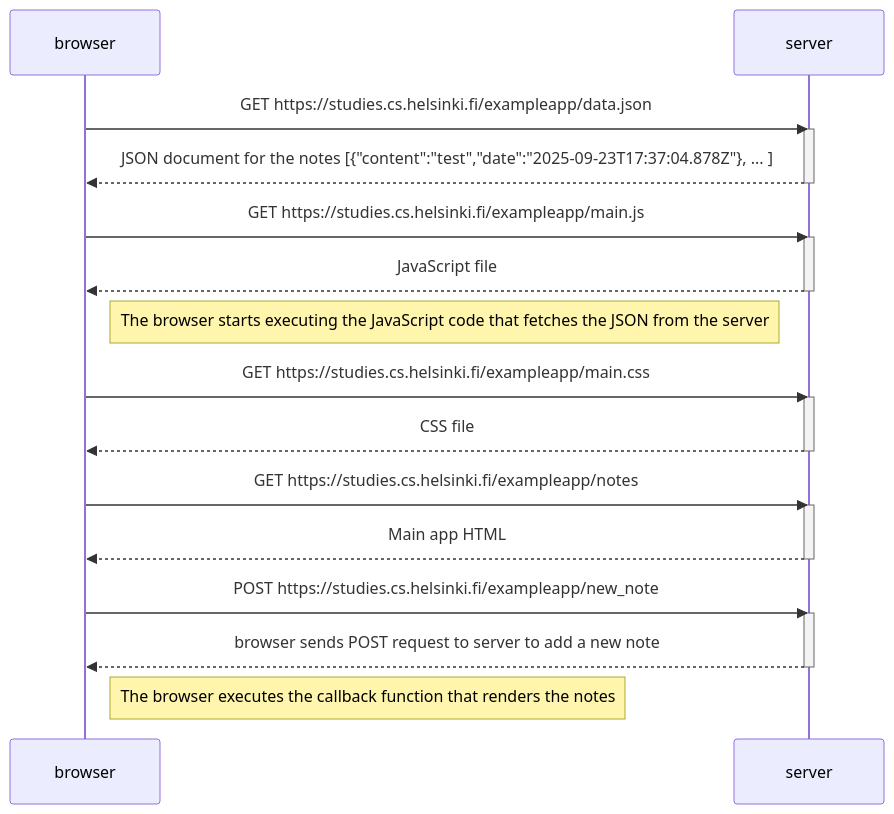
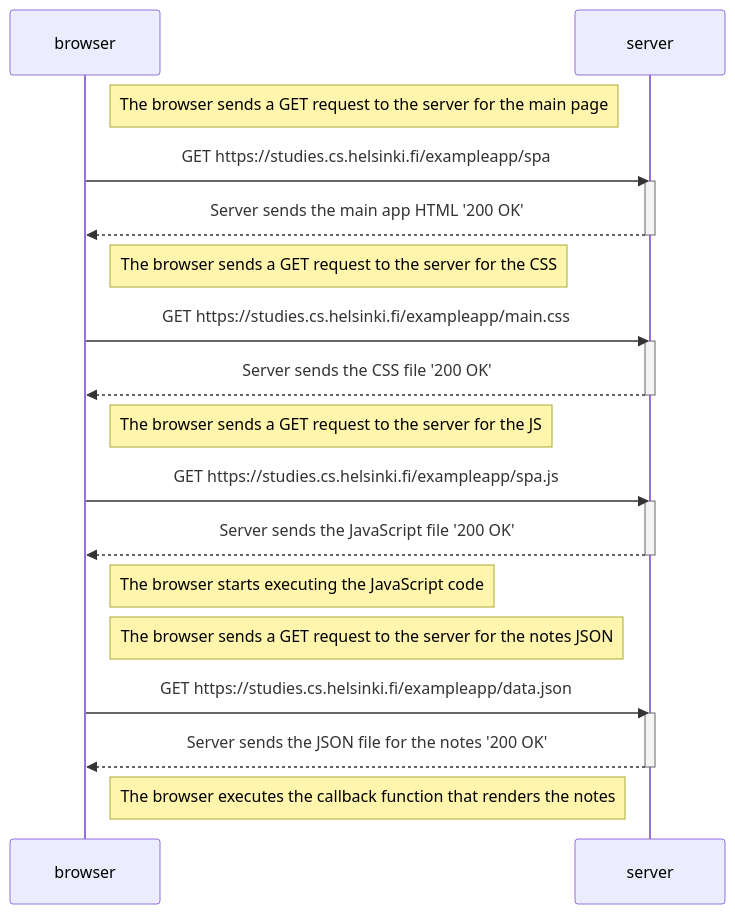
The diagram in osa0/0.5.md (jamps3/fullstackopen), drawn with Mermaid before and after one commit. The commit also changed 2 other files, not shown here.

Commit message:
osa0: finished 0.4.md, 0.5.md and 0.6.md

````diff
--- a/osa0/0.5.md
+++ b/osa0/0.5.md
@@ -1,34 +1,37 @@
 ```mermaid
 sequenceDiagram
 participant browser
 participant server
 
-    browser->>server: GET https://studies.cs.helsinki.fi/exampleapp/data.json
+    Note right of browser: The browser sends a GET request to the server for the main page
+
+    browser->>server: GET https://studies.cs.helsinki.fi/exampleapp/spa
     activate server
-    server-->>browser: JSON document for the notes [{"content":"test","date":"2025-09-23T17:37:04.878Z"}, ... ]
+    server-->>browser: Server sends the main app HTML '200 OK'
     deactivate server
 
-    browser->>server: GET https://studies.cs.helsinki.fi/exampleapp/main.js
-    activate server
-    server-->>browser: JavaScript file
-    deactivate server
-
-    Note right of browser: The browser starts executing the JavaScript code that fetches the JSON from the server
+    Note right of browser: The browser sends a GET request to the server for the CSS
 
     browser->>server: GET https://studies.cs.helsinki.fi/exampleapp/main.css
     activate server
-    server-->>browser: CSS file
+    server-->>browser: Server sends the CSS file '200 OK'
     deactivate server
 
-    browser->>server: GET https://studies.cs.helsinki.fi/exampleapp/notes
+    Note right of browser: The browser sends a GET request to the server for the JS
+
+    browser->>server: GET https://studies.cs.helsinki.fi/exampleapp/spa.js
     activate server
-    server-->>browser: Main app HTML
+    server-->>browser: Server sends the JavaScript file '200 OK'
     deactivate server
 
-    browser->>server: POST https://studies.cs.helsinki.fi/exampleapp/new_note
+    Note right of browser: The browser starts executing the JavaScript code
+
+    Note right of browser: The browser sends a GET request to the server for the notes JSON
+
+    browser->>server: GET https://studies.cs.helsinki.fi/exampleapp/data.json
     activate server
-    server-->>browser: browser sends POST request to server to add a new note
+    server-->>browser: Server sends the JSON file for the notes '200 OK'
     deactivate server
 
     Note right of browser: The browser executes the callback function that renders the notes
 ```
````
